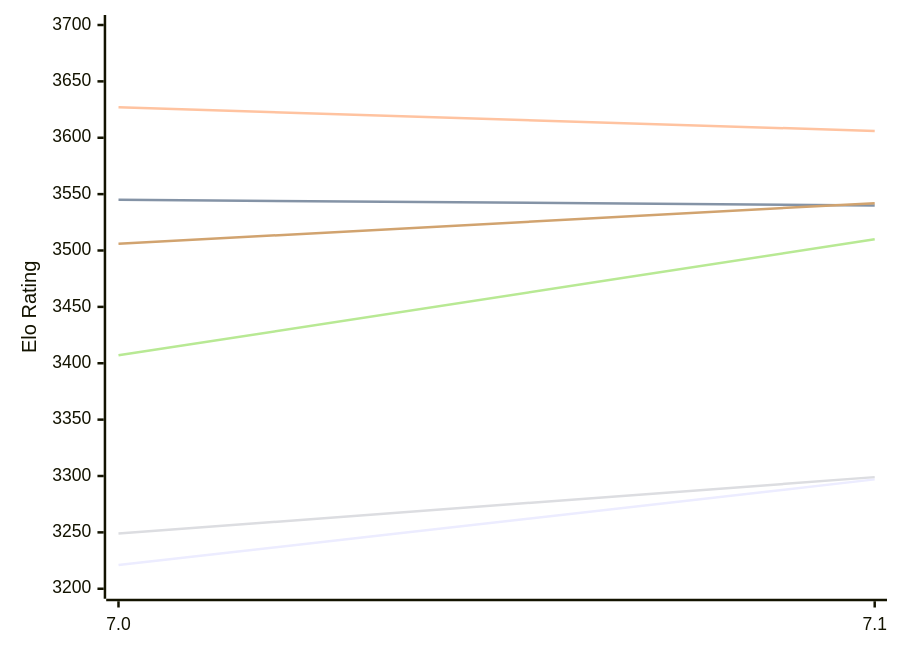
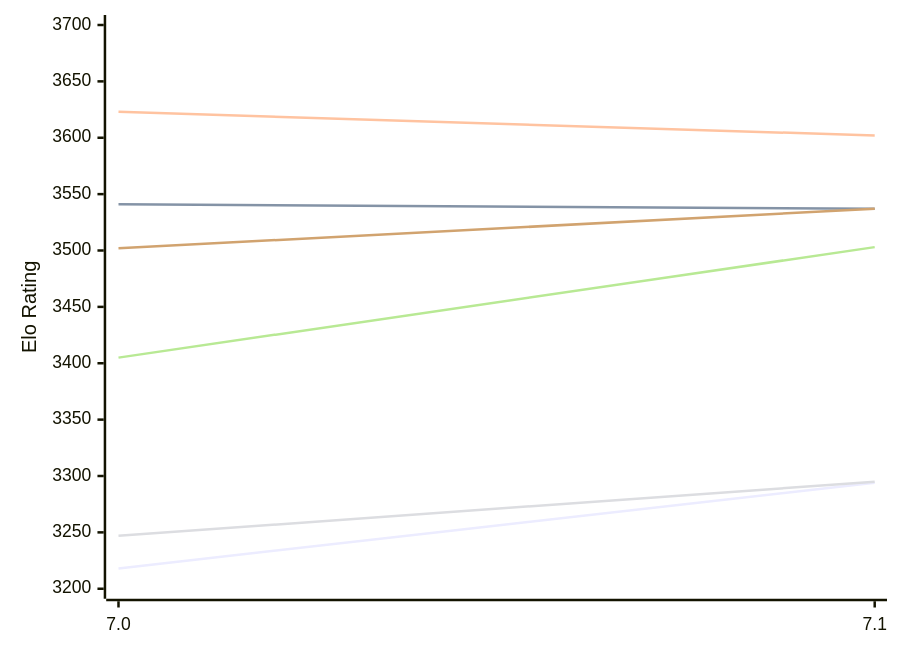
One commit to computer-chess-index/cci changed the first of 2 diagrams in engines/PZChessBot.md. Above: the diagram before and after it, drawn with Mermaid. The commit also changed other lines of this file, not shown here.

Commit message:
Update CCI Ratings (ELO VLTC) - 2026-11-19

````diff
--- a/engines/PZChessBot.md
+++ b/engines/PZChessBot.md
@@ -53,12 +53,12 @@
 ```mermaid
 %%{init: {"theme":"base","themeVariables":{"seriesColors:['#a3a3a3','#222221','#faa371']}}}%%
 xychart-beta
   x-axis ["7.0", "7.1"]
   y-axis "Elo Rating" 3200 --> 3700
-  line "E1: STC (8.0+0.08s)" [3221, 3297]
-  line "E1: LTC (60.0+0.60s)" [3545, 3540]
-  line "E1: VLTC (2m24s+1.12s)" [3627, 3606]
-  line "P1: STC (8.0+0.08s)" [3249, 3299]
-  line "P1: LTC (60.0+0.60s)" [3407, 3510]
-  line "P1: VLTC (2m24s+1.12s)" [3506, 3542]
+  line "E1: STC (8.0+0.08s)" [3218, 3294]
+  line "E1: LTC (60.0+0.60s)" [3541, 3537]
+  line "E1: VLTC (2m24s+1.12s)" [3623, 3602]
+  line "P1: STC (8.0+0.08s)" [3247, 3295]
+  line "P1: LTC (60.0+0.60s)" [3405, 3503]
+  line "P1: VLTC (2m24s+1.12s)" [3502, 3537]
 ```
````
